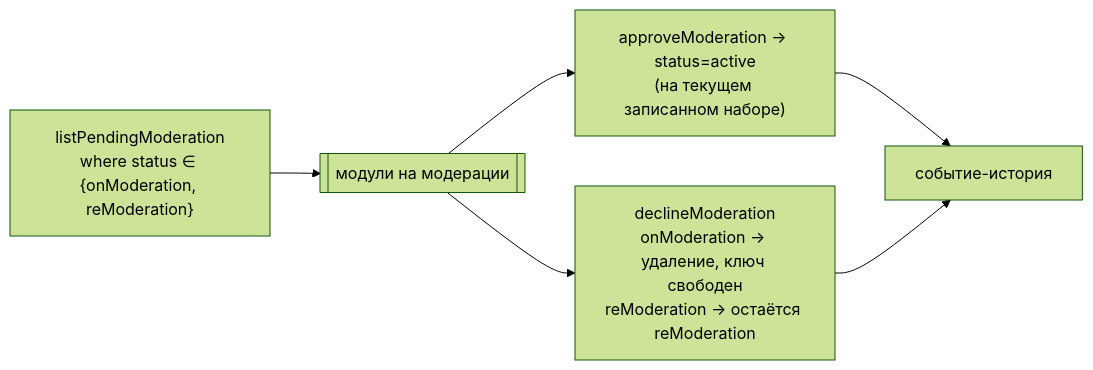
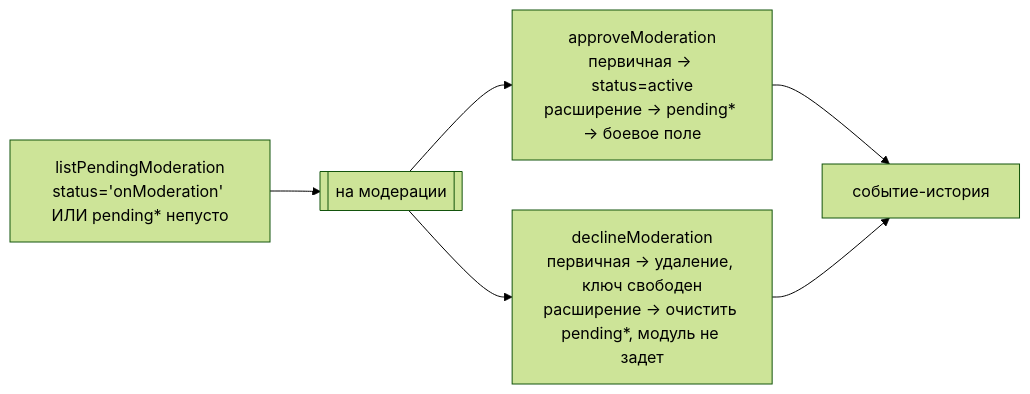
Before and after one commit to andrey-khudoley/Chatium: the sixth of 9 diagrams in s.chtm.khudoley.pro/p/units/aley/bpm/core/docs/spec/spec-map.md, drawn with Mermaid (forest theme). The commit also changed other lines of this file and 7 other files, not shown here.

````diff
--- a/s.chtm.khudoley.pro/p/units/aley/bpm/core/docs/spec/spec-map.md
+++ b/s.chtm.khudoley.pro/p/units/aley/bpm/core/docs/spec/spec-map.md
@@ -191,8 +214,8 @@
 ```mermaid
 flowchart LR
-  L["listPendingModeration<br/>where status ∈ {onModeration, reModeration}"] --> Q[["модули на модерации"]]
-  Q --> AP["approveModeration → status=active<br/>(на текущем записанном наборе)"]
-  Q --> DC["declineModeration<br/>onModeration → удаление, ключ свободен<br/>reModeration → остаётся reModeration"]
+  L["listPendingModeration<br/>status='onModeration' ИЛИ pending* непусто"] --> Q[["на модерации"]]
+  Q --> AP["approveModeration<br/>первичная → status=active<br/>расширение → pending* → боевое поле"]
+  Q --> DC["declineModeration<br/>первичная → удаление, ключ свободен<br/>расширение → очистить pending*, модуль не задет"]
   AP --> EV["событие-история"]
   DC --> EV
 ```
````
